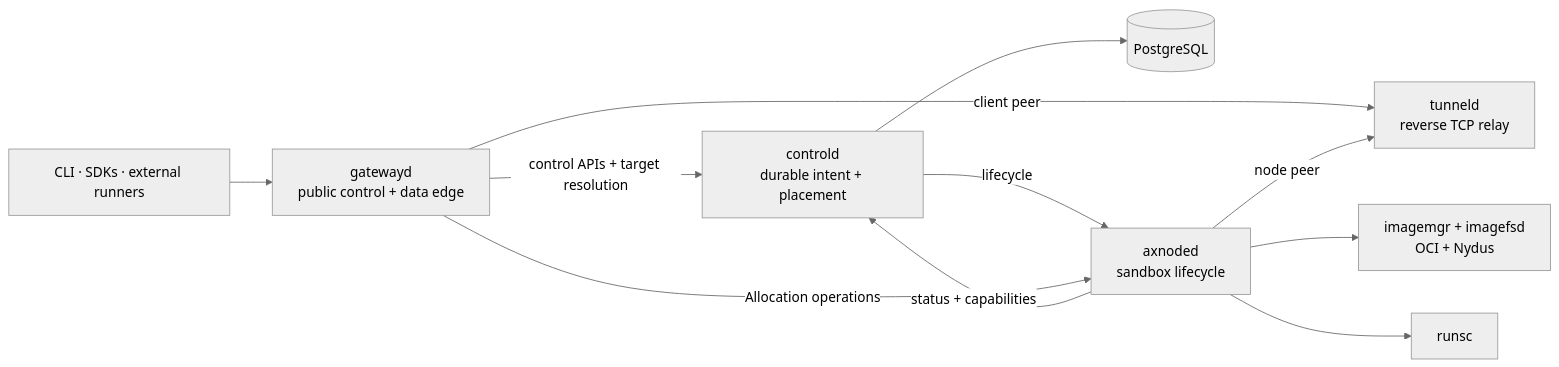
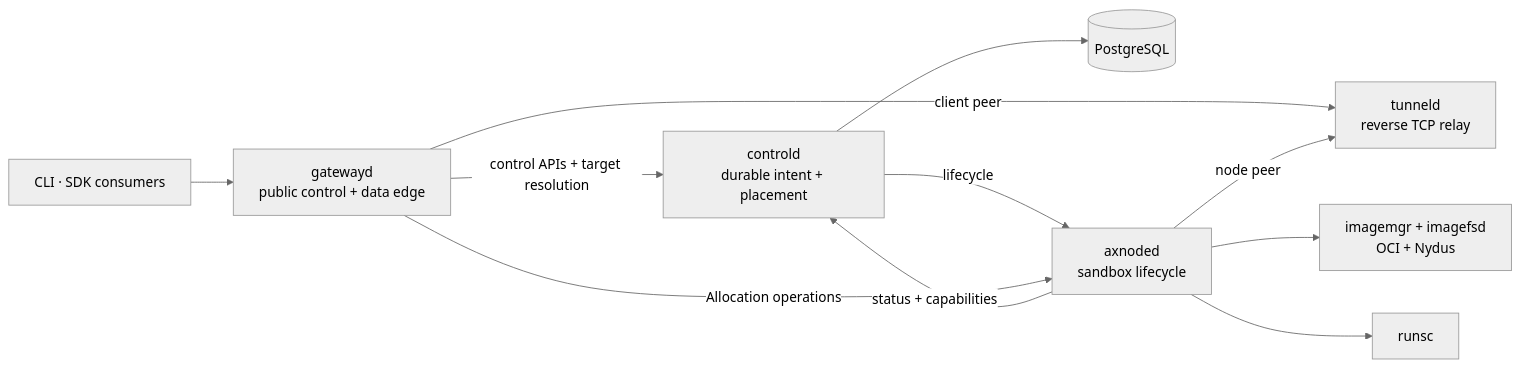
One commit to cofy-x/axern changed the diagram in apps/docs/src/content/docs/architecture/index.md. Above: the diagram before and after it, drawn with Mermaid (neutral theme). The commit also changed other lines of this file and 296 other files, not shown here.

````diff
--- a/apps/docs/src/content/docs/architecture/index.md
+++ b/apps/docs/src/content/docs/architecture/index.md
@@ -8,13 +8,13 @@
 ```mermaid
 flowchart LR
-    Clients["CLI · SDKs · external runners"] --> Gateway["gatewayd\npublic control + data edge"]
+    Clients["CLI · SDK consumers"] --> Gateway["gatewayd\npublic control + data edge"]
     Gateway -->|control APIs + target resolution| Control["controld\ndurable intent + placement"]
     Control --> Postgres[(PostgreSQL)]
     Control -->|lifecycle| Node["axnoded\nsandbox lifecycle"]
     Node -->|status + capabilities| Control
     Gateway -->|Allocation operations| Node
     Gateway -->|client peer| Tunnel["tunneld\nreverse TCP relay"]
     Node -->|node peer| Tunnel
     Node --> Image["imagemgr + imagefsd\nOCI + Nydus"]
     Node --> Runtime["runsc"]
 ```
````
